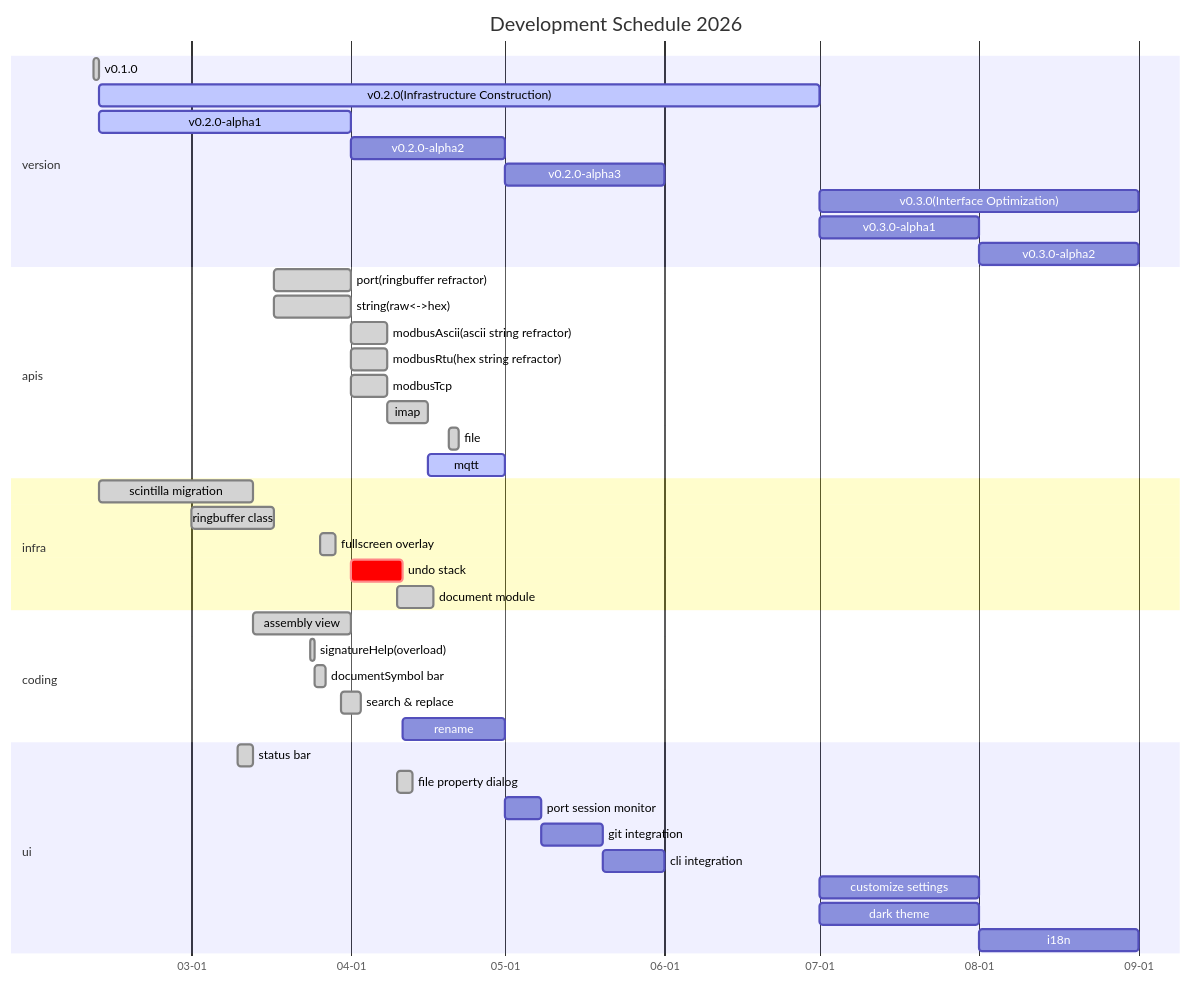
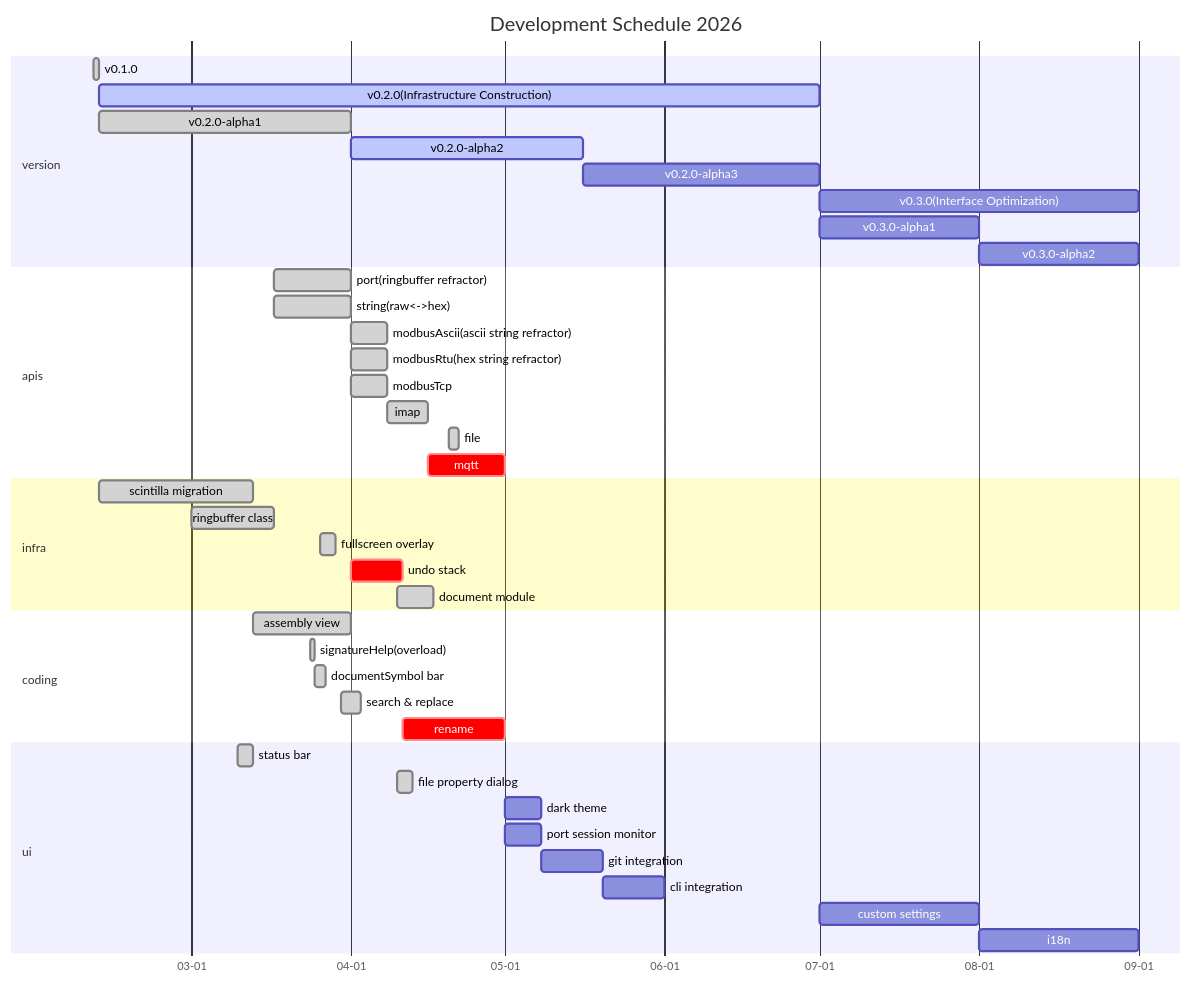
Before and after one commit to zyt20001205/UniComm2: the second of 3 diagrams in README.md, drawn with Mermaid. The commit also changed 15 other files, not shown here.

````diff
--- a/README.md
+++ b/README.md
@@ -79,51 +79,51 @@
 ```mermaid
 gantt
     title Development Schedule 2026
     dateFormat MM-DD
     axisFormat %m-%d
     tickInterval 1month
 
     section version
         v0.1.0: done, 02-10, 1d
         v0.2.0(Infrastructure Construction): active, 02-11, 140d
-        v0.2.0-alpha1: active, 02-11, 49d
-        v0.2.0-alpha2: 04-01, 30d
-        v0.2.0-alpha3: 05-01, 31d
+        v0.2.0-alpha1: done, 02-11, 49d
+        v0.2.0-alpha2: active, 04-01, 45d
+        v0.2.0-alpha3: 05-16, 46d
         v0.3.0(Interface Optimization): 07-01, 62d
         v0.3.0-alpha1: 07-01, 31d
         v0.3.0-alpha2: 08-01, 31d
 
     section apis
         port(ringbuffer refractor): done, 03-17, 15d
         string(raw<->hex): done, 03-17, 15d
         modbusAscii(ascii string refractor): done, 04-01, 7d
         modbusRtu(hex string refractor): done, 04-01, 7d
         modbusTcp: done, 04-01, 7d
         imap: done, 04-08, 8d
         file: done, 04-20, 2d
-        mqtt: active, 04-16, 15d
+        mqtt: crit, 04-16, 15d
 
     section infra
         scintilla migration: done, 02-11, 30d
         ringbuffer class: done, 03-01, 16d
         fullscreen overlay: done, 03-26, 3d
         undo stack: crit, 04-01, 10d
         document module: done, 04-10, 7d
 
     section coding
         assembly view: done, 03-13, 19d
         signatureHelp(overload): done, 03-24, 1d
         documentSymbol bar: done, 03-25, 2d
         search & replace: done, 03-30, 4d
-        rename: 04-11, 20d
+        rename: crit, 04-11, 20d
 
     section ui
         status bar: done, 03-10, 3d
         file property dialog: done, 04-10, 3d
+        dark theme: 05-01, 7d
         port session monitor: 05-01, 7d
         git integration: 05-08, 12d
         cli integration: 05-20, 12d
-        customize settings: 07-01, 31d
-        dark theme: 07-01, 31d
+        custom settings: 07-01, 31d
         i18n: 08-01, 31d
 ```
````
